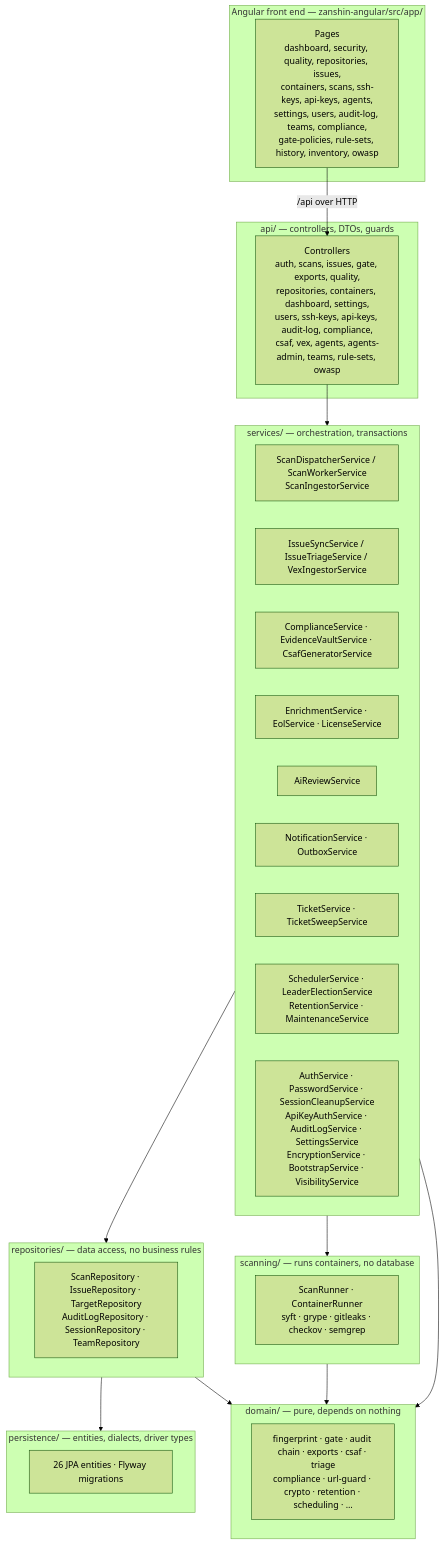
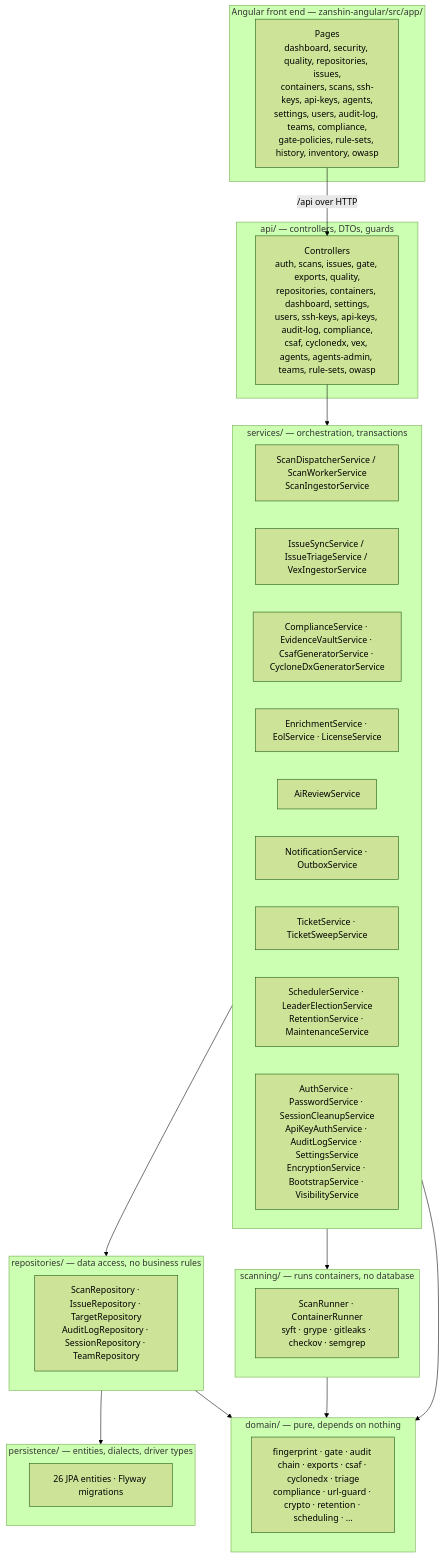
Before and after one commit to asmolabs/vectispire: the first of 3 diagrams in docs/en/TECHNICAL_DOCUMENTATION.md, drawn with Mermaid (forest theme). The commit also changed other lines of this file and 60 other files, not shown here.

Commit message:
feat: implement blast radius explorer, EPSS prioritization, crypto signing, notification center, and related API routes

````diff
--- a/docs/en/TECHNICAL_DOCUMENTATION.md
+++ b/docs/en/TECHNICAL_DOCUMENTATION.md
@@ -14,47 +14,47 @@
 ```mermaid
 flowchart TB
     subgraph front["Angular front end — zanshin-angular/src/app/"]
         Pages["Pages<br/>dashboard, security, quality, repositories, issues,<br/>containers, scans, ssh-keys, api-keys, agents,<br/>settings, users, audit-log, teams, compliance,<br/>gate-policies, rule-sets, history, inventory, owasp"]
     end
 
     subgraph api["api/ — controllers, DTOs, guards"]
-        Routes["Controllers<br/>auth, scans, issues, gate, exports, quality,<br/>repositories, containers, dashboard, settings,<br/>users, ssh-keys, api-keys, audit-log, compliance,<br/>csaf, vex, agents, agents-admin, teams, rule-sets, owasp"]
+        Routes["Controllers<br/>auth, scans, issues, gate, exports, quality,<br/>repositories, containers, dashboard, settings,<br/>users, ssh-keys, api-keys, audit-log, compliance,<br/>csaf, cyclonedx, vex, agents, agents-admin, teams, rule-sets, owasp"]
     end
 
     subgraph services["services/ — orchestration, transactions"]
         Scan["ScanDispatcherService / ScanWorkerService<br/>ScanIngestorService"]
         Issue["IssueSyncService / IssueTriageService / VexIngestorService"]
-        Comp["ComplianceService · EvidenceVaultService · CsafGeneratorService"]
+        Comp["ComplianceService · EvidenceVaultService · CsafGeneratorService · CycloneDxGeneratorService"]
         Enrich["EnrichmentService · EolService · LicenseService"]
         Ai["AiReviewService"]
         Notify["NotificationService · OutboxService"]
         Ticket["TicketService · TicketSweepService"]
         Ops["SchedulerService · LeaderElectionService<br/>RetentionService · MaintenanceService"]
         Auth["AuthService · PasswordService · SessionCleanupService<br/>ApiKeyAuthService · AuditLogService · SettingsService<br/>EncryptionService · BootstrapService · VisibilityService"]
     end
 
     subgraph repos["repositories/ — data access, no business rules"]
         R["ScanRepository · IssueRepository · TargetRepository<br/>AuditLogRepository · SessionRepository · TeamRepository"]
     end
 
     subgraph persistence["persistence/ — entities, dialects, driver types"]
         Ent["26 JPA entities · Flyway migrations"]
     end
 
     subgraph domain["domain/ — pure, depends on nothing"]
-        D["fingerprint · gate · audit chain · exports · csaf · triage<br/>compliance · url-guard · crypto · retention · scheduling · …"]
+        D["fingerprint · gate · audit chain · exports · csaf · cyclonedx · triage<br/>compliance · url-guard · crypto · retention · scheduling · …"]
     end
 
     subgraph scanning["scanning/ — runs containers, no database"]
         S["ScanRunner · ContainerRunner<br/>syft · grype · gitleaks · checkov · semgrep"]
     end
 
     Pages -->|"/api over HTTP"| Routes
     Routes --> services
     services --> repos
     repos --> persistence
     services --> scanning
     services --> domain
     repos --> domain
     scanning --> domain
 ```
````
